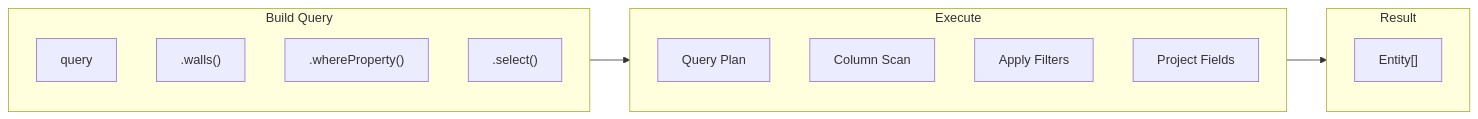
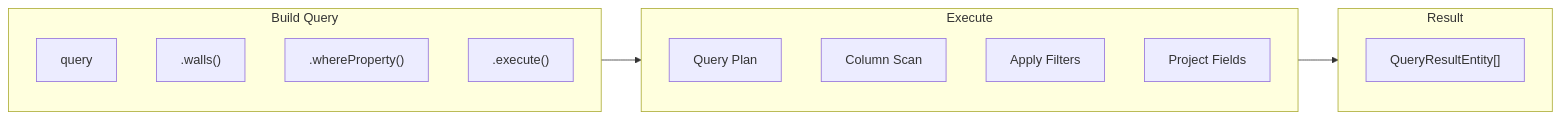
One commit to LTplus-AG/ifc-lite changed diagram 12 of 16 in docs/architecture/data-flow.md. Above: the diagram before and after it, drawn with Mermaid. The commit also changed other lines of this file and 124 other files, not shown here.

````diff
--- a/docs/architecture/data-flow.md
+++ b/docs/architecture/data-flow.md
@@ -318,22 +318,22 @@
 ```mermaid
 flowchart LR
     subgraph Build["Build Query"]
         Start["query"]
         Type[".walls()"]
         Filter[".whereProperty()"]
-        Select[".select()"]
+        Select[".execute()"]
     end
 
     subgraph Execute["Execute"]
         Plan["Query Plan"]
         Scan["Column Scan"]
         Filter2["Apply Filters"]
         Project["Project Fields"]
     end
 
     subgraph Result["Result"]
-        Array["Entity[]"]
+        Array["QueryResultEntity[]"]
     end
 
     Build --> Execute --> Result
 ```
````
